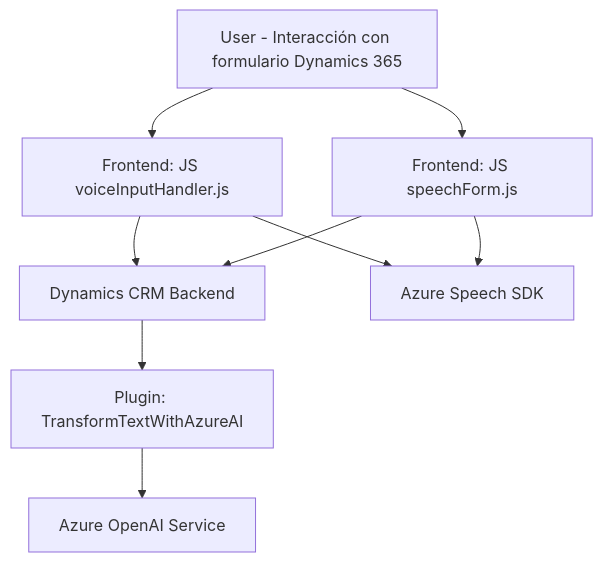
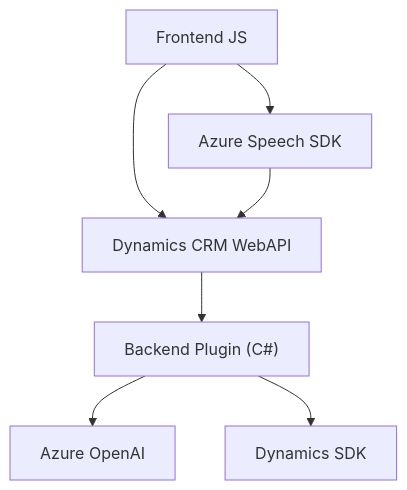
Before and after one commit to blopezdm/NETCORE_BILBAO2025: the diagram in README.md, drawn with Mermaid. The commit also changed other lines of this file, not shown here.

Commit message:
Actualizar análisis global de la solución con IA

````diff
--- a/README.md
+++ b/README.md
@@ -63,19 +30,9 @@
 ```mermaid
 graph TD
-    A["User - Interacción con formulario Dynamics 365"]
-    B["Frontend: JS voiceInputHandler.js"]
-    C["Frontend: JS speechForm.js"]
-    D["Dynamics CRM Backend"]
-    E["Plugin: TransformTextWithAzureAI"]
-    F["Azure OpenAI Service"]
-    G["Azure Speech SDK"]
-
-    A --> B
-    B --> G
-    B --> D
-    A --> C
-    C --> G
-    C --> D
-    D --> E
-    E --> F
+    A["Frontend JS"] --> B["Azure Speech SDK"]
+    A --> C["Dynamics CRM WebAPI"]
+    B --> C
+    C --> D["Backend Plugin (C#)"]
+    D --> E["Azure OpenAI"]
+    D --> F["Dynamics SDK"]
 ```
````
